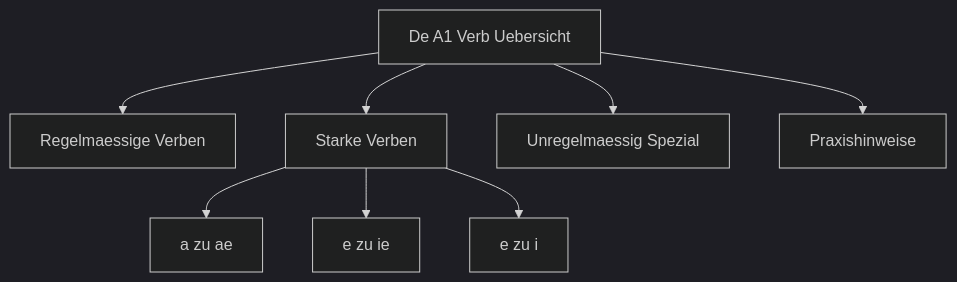
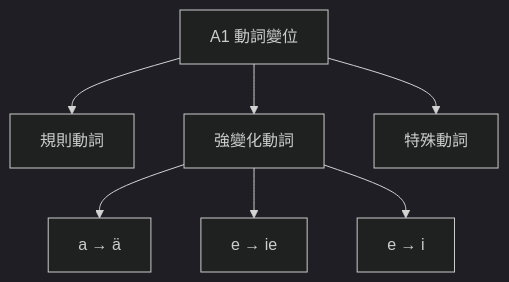
One commit to ChenChiWang/chenchiwang.github.io changed the diagram in _projects/Deutsch Cheat Sheet - Verb.md. Above: the diagram before and after it, drawn with Mermaid (dark theme). The commit also changed other lines of this file, not shown here.

```diff
--- a/_projects/Deutsch Cheat Sheet - Verb.md
+++ b/_projects/Deutsch Cheat Sheet - Verb.md
@@ -120,12 +126,10 @@
 <div class="mermaid">
 graph TD;
-    A[De A1 Verb Uebersicht] --> R[Regelmaessige Verben];
-    A --> S[Starke Verben];
-    A --> U[Unregelmaessig Spezial];
-    A --> P[Praxishinweise];
+    A[A1 動詞變位] --> R[規則動詞]
+    A --> S[強變化動詞]
+    A --> U[特殊動詞]
 
-    S --> Sa[a zu ae];
-    S --> Se[e zu ie];
-    S --> Si[e zu i];
-
+    S --> Sa[a → ä]
+    S --> Se[e → ie]
+    S --> Si[e → i]
 </div>
```
